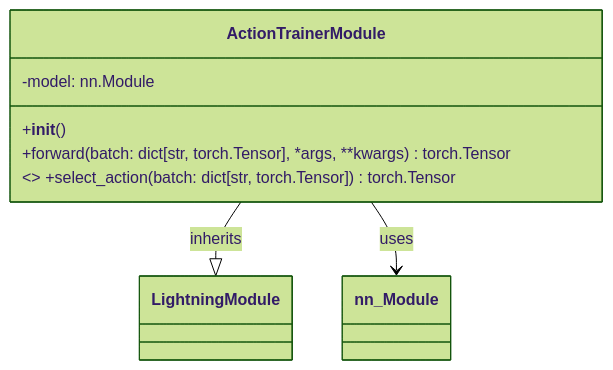
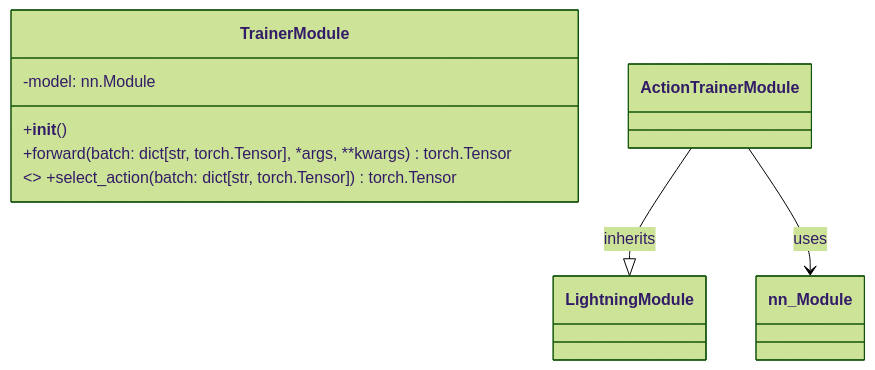
Before and after one commit to open-edge-platform/physical-ai-studio: the diagram in lib/docs/design/policy/base.md, drawn with Mermaid (forest theme). The commit also changed other lines of this file and 27 other files, not shown here.

````diff
--- a/lib/docs/design/policy/base.md
+++ b/lib/docs/design/policy/base.md
@@ -5,16 +5,16 @@
 ```mermaid
 classDiagram
     class LightningModule
     class nn_Module
 
-    class ActionTrainerModule {
+    class TrainerModule {
         +__init__()
         +forward(batch: dict[str, torch.Tensor], *args, **kwargs) torch.Tensor
         <<abstract>> +select_action(batch: dict[str, torch.Tensor]) torch.Tensor
         -model: nn.Module
     }
 
     ActionTrainerModule --|> LightningModule : inherits
     ActionTrainerModule --> nn_Module : uses
 
 ```
````
